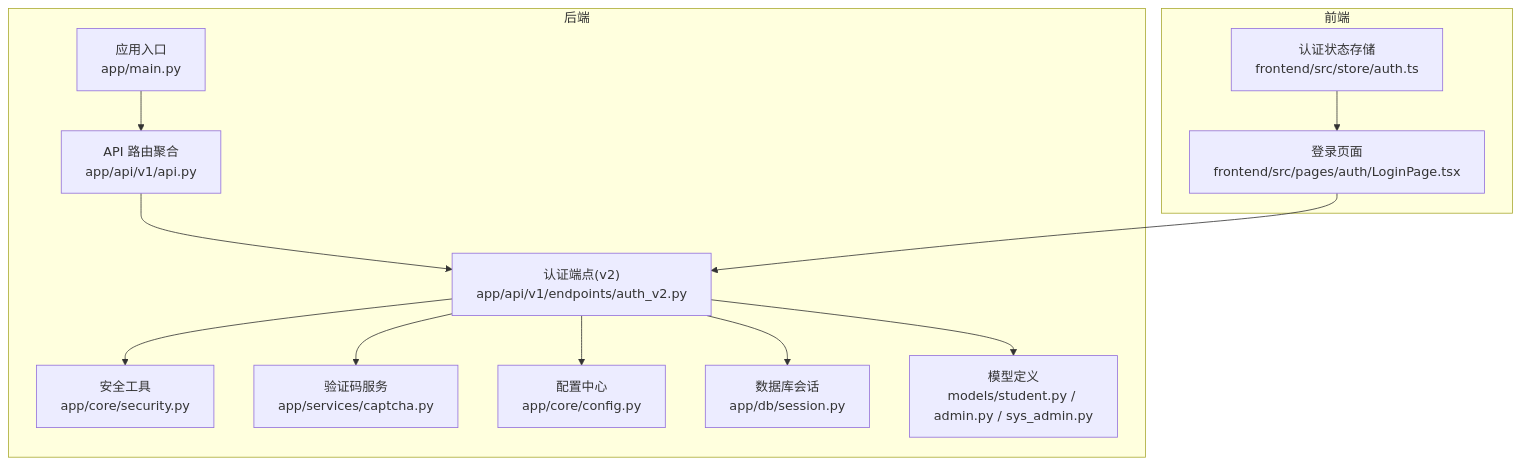
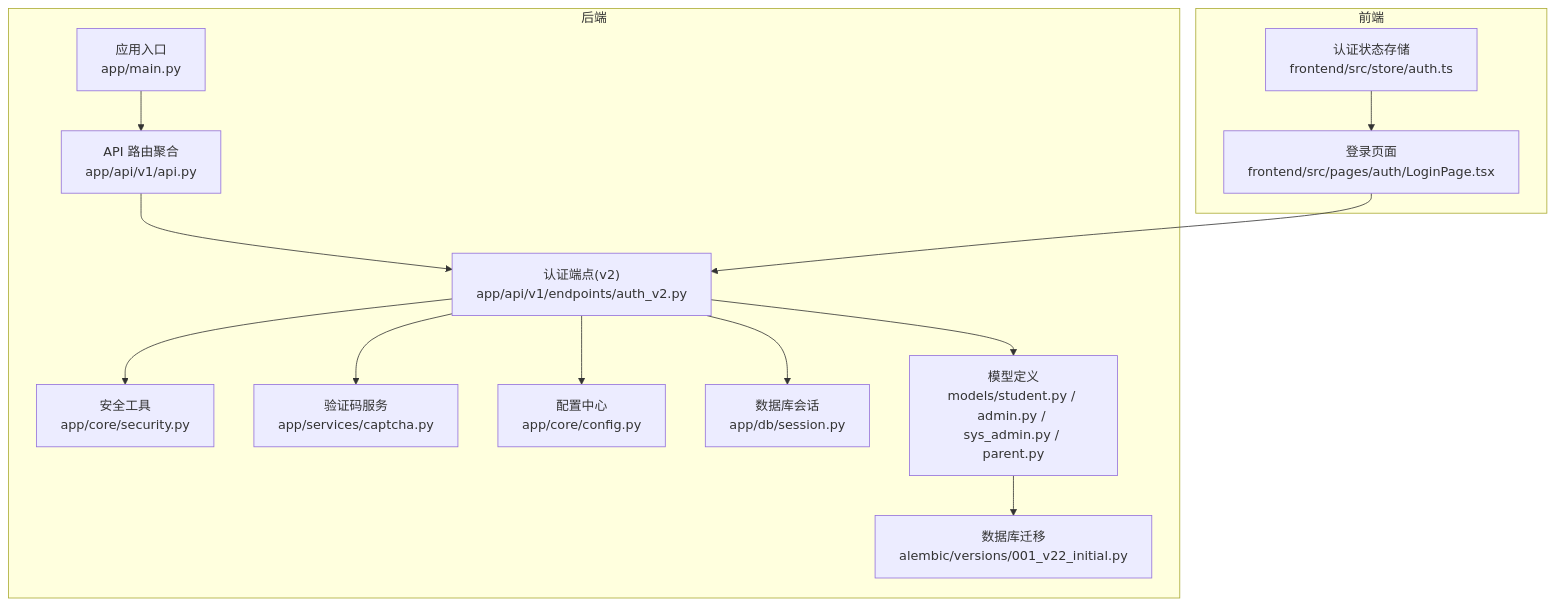
The first of 10 diagrams in .qoder/repowiki/zh/content/核心功能模块/用户认证系统.md (Miyuan2018/ruicheng-edu-system), drawn with Mermaid before and after one commit. The commit also changed other lines of this file and 6 other files, not shown here.

````diff
--- a/.qoder/repowiki/zh/content/核心功能模块/用户认证系统.md
+++ b/.qoder/repowiki/zh/content/核心功能模块/用户认证系统.md
@@ -43,25 +54,27 @@
 ```mermaid
 graph TB
 subgraph "后端"
 A["应用入口<br/>app/main.py"]
 B["API 路由聚合<br/>app/api/v1/api.py"]
 C["认证端点(v2)<br/>app/api/v1/endpoints/auth_v2.py"]
 D["安全工具<br/>app/core/security.py"]
 E["验证码服务<br/>app/services/captcha.py"]
 F["配置中心<br/>app/core/config.py"]
 G["数据库会话<br/>app/db/session.py"]
-H["模型定义<br/>models/student.py / admin.py / sys_admin.py"]
+H["模型定义<br/>models/student.py / admin.py / sys_admin.py / parent.py"]
+I["数据库迁移<br/>alembic/versions/001_v22_initial.py"]
 end
 subgraph "前端"
 X["登录页面<br/>frontend/src/pages/auth/LoginPage.tsx"]
 Y["认证状态存储<br/>frontend/src/store/auth.ts"]
 end
 A --> B --> C
 C --> D
 C --> E
 C --> F
 C --> G
 C --> H
+H --> I
 X --> C
 Y --> X
 ```
````
